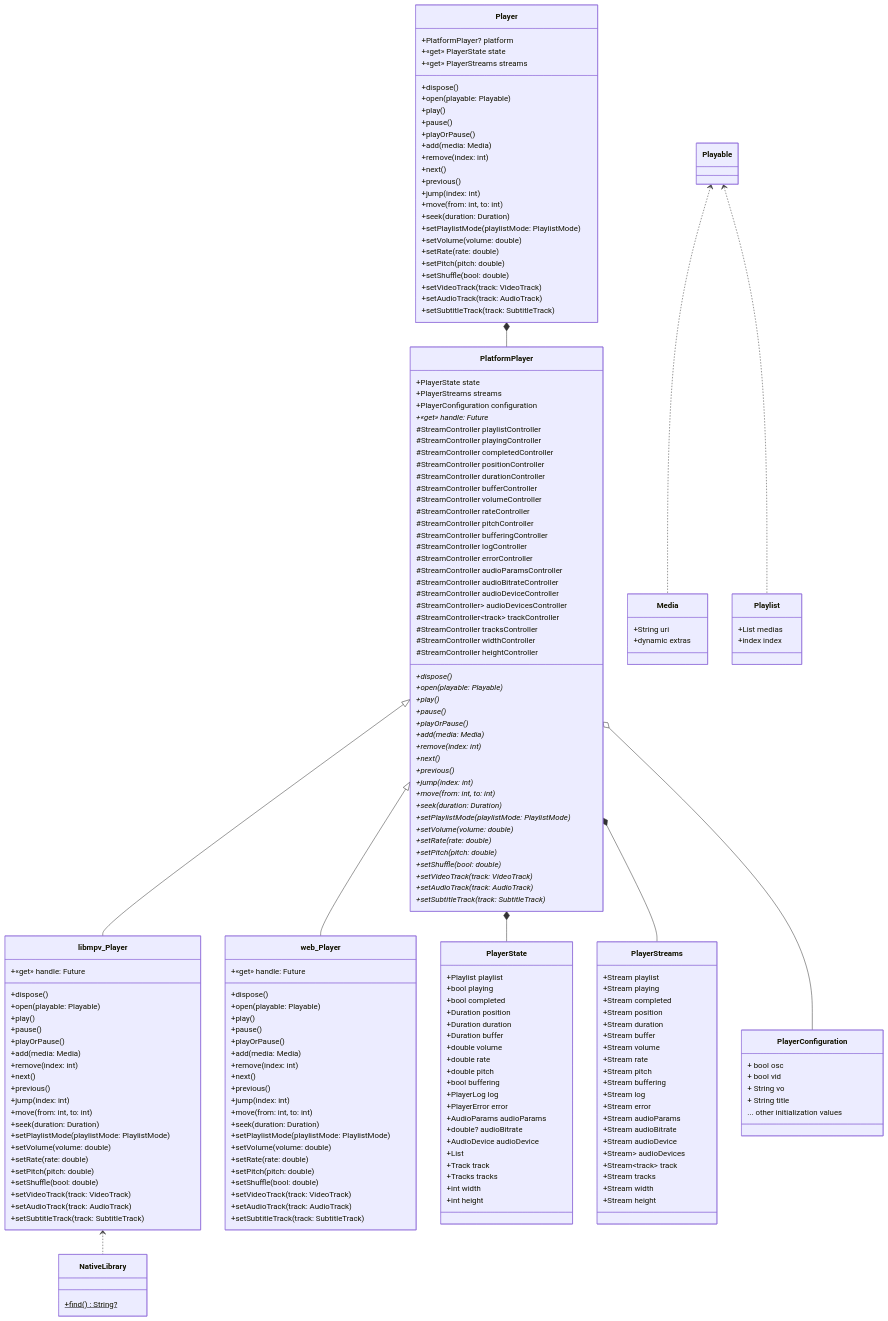
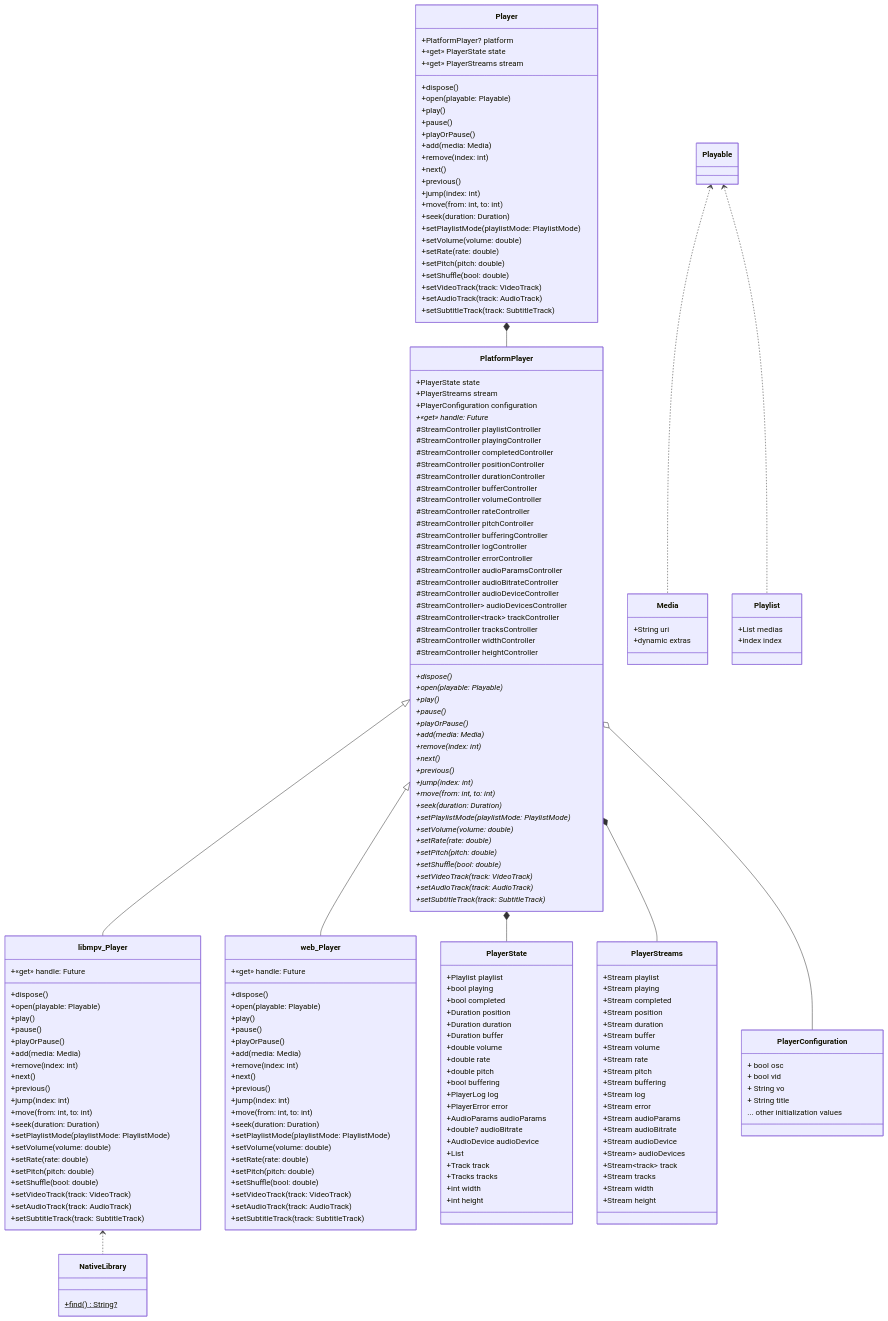
One commit to coolight7/media-kit changed the first of 4 diagrams in README.md. Above: the diagram before and after it, drawn with Mermaid. The commit also changed 19 other files, not shown here.

Commit message:
feat/refactor: error stream & Player::streams -> Player::stream

```diff
--- a/README.md
+++ b/README.md
@@ -857,7 +857,7 @@
     +PlatformPlayer? platform
 
     +«get» PlayerState state
-    +«get» PlayerStreams streams
+    +«get» PlayerStreams stream
 
     +dispose()
     +open(playable: Playable)
@@ -883,7 +883,7 @@
 
   class PlatformPlayer {
     +PlayerState state
-    +PlayerStreams streams
+    +PlayerStreams stream
     +PlayerConfiguration configuration
     
     +dispose()*
```
